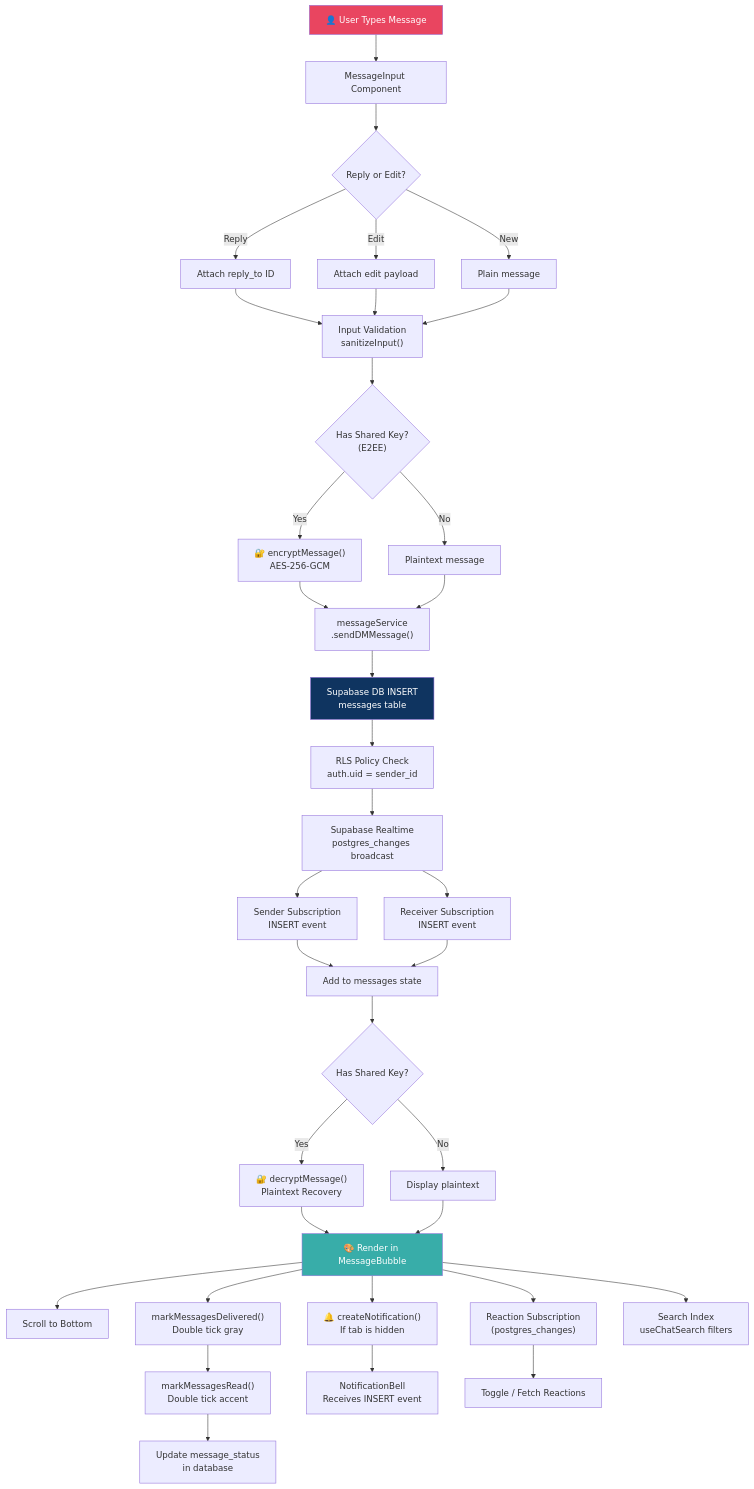
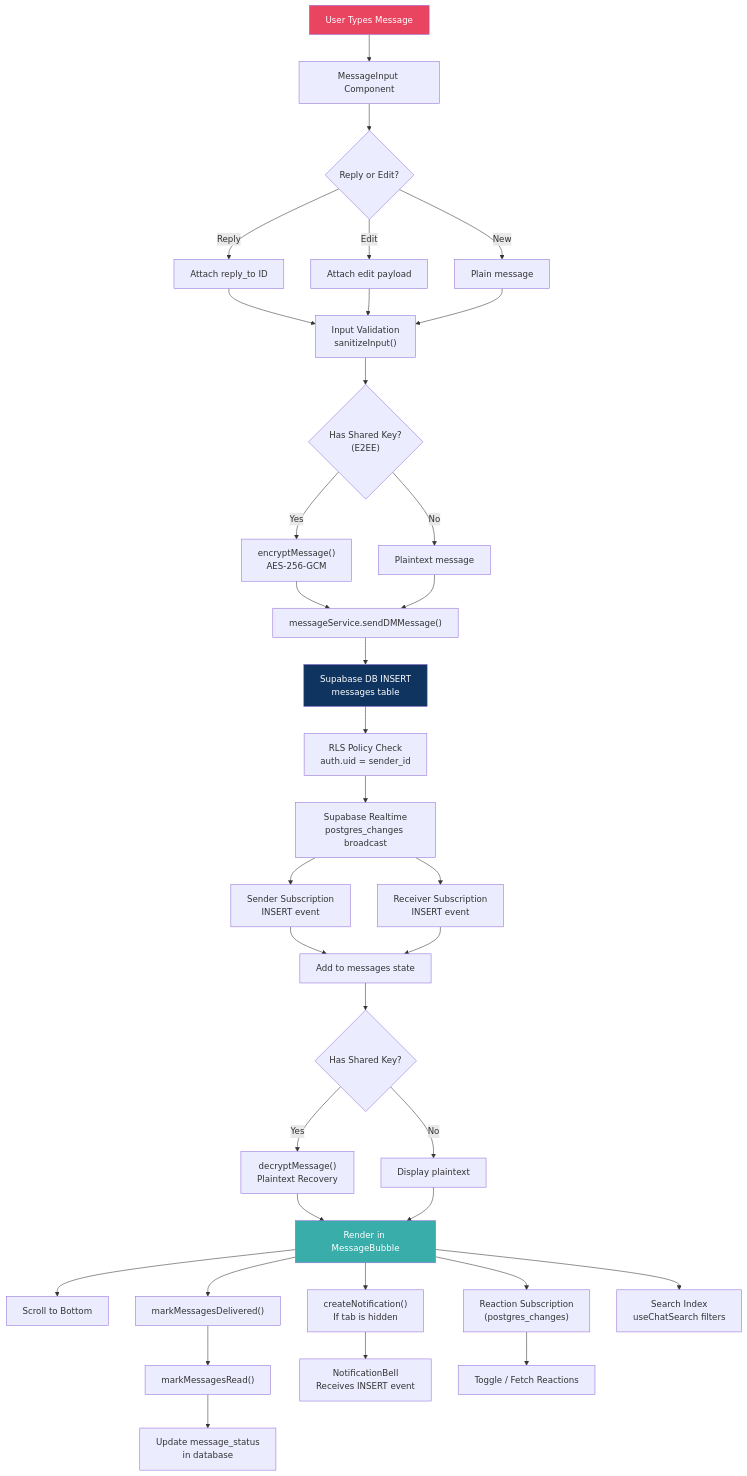
One commit to VishnuSreeVidya/NodeTalk changed the second of 7 diagrams in README.md. Above: the diagram before and after it, drawn with Mermaid. The commit also changed other lines of this file, not shown here.

````diff
--- a/README.md
+++ b/README.md
@@ -271,52 +327,52 @@
 ```mermaid
 flowchart TD
-    A["👤 User Types Message"] --> B["MessageInput Component"]
+    A["User Types Message"] --> B["MessageInput Component"]
     B --> C{"Reply or Edit?"}
     C -->|Reply| D["Attach reply_to ID"]
     C -->|Edit| E["Attach edit payload"]
     C -->|New| F["Plain message"]
     D --> G["Input Validation<br/>sanitizeInput()"]
     E --> G
     F --> G
 
     G --> H{"Has Shared Key?<br/>(E2EE)"}
-    H -->|Yes| I["🔐 encryptMessage()<br/>AES-256-GCM"]
+    H -->|Yes| I["encryptMessage()<br/>AES-256-GCM"]
     H -->|No| J["Plaintext message"]
 
-    I --> K["messageService<br/>.sendDMMessage()"]
+    I --> K["messageService.sendDMMessage()"]
     J --> K
 
     K --> L["Supabase DB INSERT<br/>messages table"]
     L --> M["RLS Policy Check<br/>auth.uid = sender_id"]
 
     M --> N["Supabase Realtime<br/>postgres_changes broadcast"]
     N --> O["Sender Subscription<br/>INSERT event"]
     N --> P["Receiver Subscription<br/>INSERT event"]
 
     O --> Q["Add to messages state"]
     P --> Q
 
     Q --> R{"Has Shared Key?"}
-    R -->|Yes| S["🔐 decryptMessage()<br/>Plaintext Recovery"]
+    R -->|Yes| S["decryptMessage()<br/>Plaintext Recovery"]
     R -->|No| T["Display plaintext"]
 
-    S --> U["🎨 Render in MessageBubble"]
+    S --> U["Render in MessageBubble"]
     T --> U
 
     U --> V["Scroll to Bottom"]
-    U --> W["markMessagesDelivered()<br/>Double tick gray"]
-    W --> X["markMessagesRead()<br/>Double tick accent"]
+    U --> W["markMessagesDelivered()"]
+    W --> X["markMessagesRead()"]
     X --> Y["Update message_status<br/>in database"]
 
-    U --> Z["🔔 createNotification()<br/>If tab is hidden"]
+    U --> Z["createNotification()<br/>If tab is hidden"]
     Z --> AA["NotificationBell<br/>Receives INSERT event"]
 
     U --> AB["Reaction Subscription<br/>(postgres_changes)"]
     AB --> AC["Toggle / Fetch Reactions"]
 
     U --> AD["Search Index<br/>useChatSearch filters"]
 
     style A fill:#e94560,color:#fff
     style L fill:#0f3460,color:#fff
     style U fill:#38ada9,color:#fff
 ```
````
